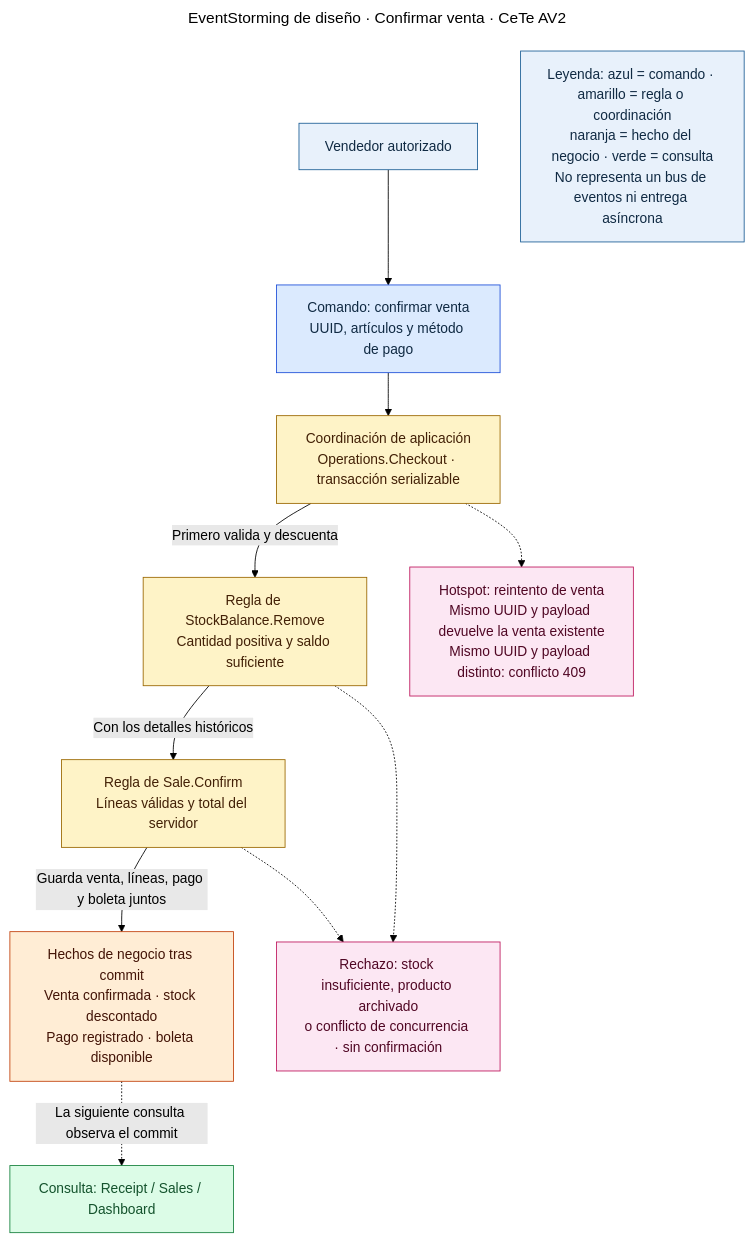
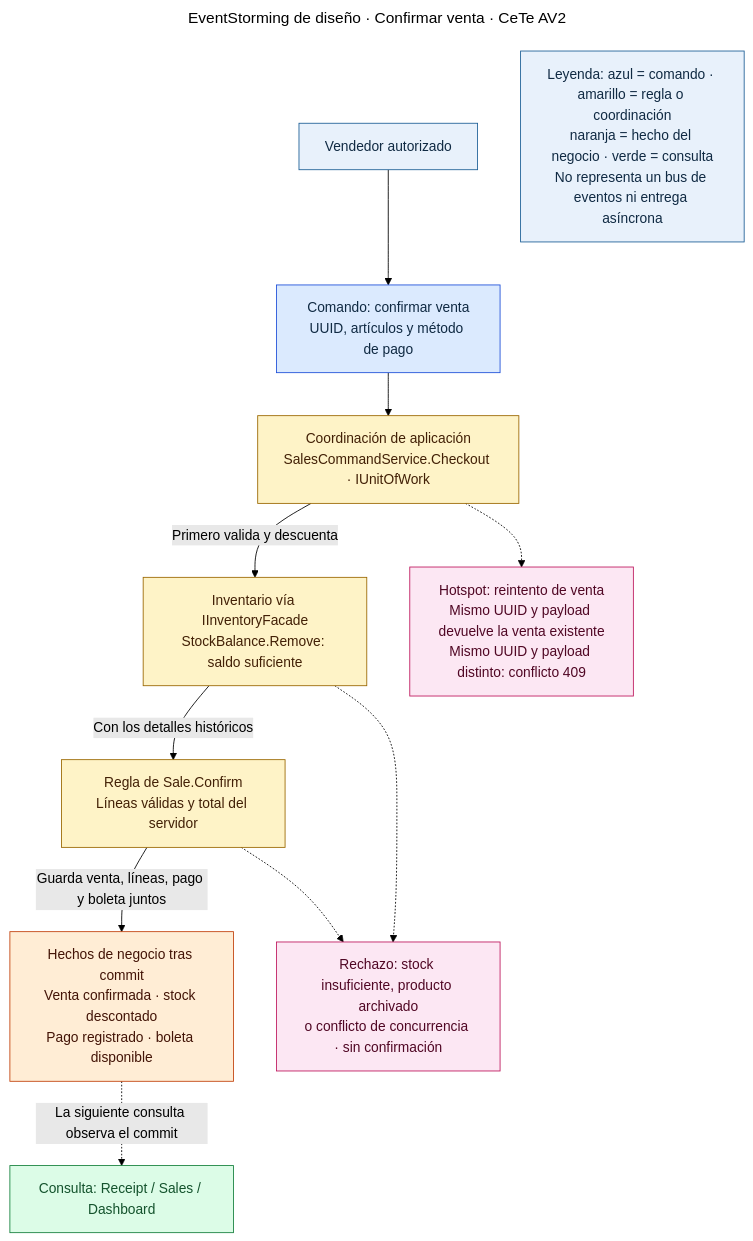
One commit to Nexxus-ops/Report-CeTe changed the diagram in diagrams/event-storming-sale.mmd. Above: the diagram before and after it, drawn with Mermaid (forest theme). The commit also changed 34 other files, not shown here.

Commit message:
docs(architecture): align report with deployed DDD contexts

```diff
--- a/diagrams/event-storming-sale.mmd
+++ b/diagrams/event-storming-sale.mmd
@@ -1,29 +1,29 @@
 ---
 title: EventStorming de diseño · Confirmar venta · CeTe AV2
 ---
 flowchart TB
   A["Vendedor autorizado"]:::actor
   C["Comando: confirmar venta<br/>UUID, artículos y método de pago"]:::command
-  O["Coordinación de aplicación<br/>Operations.Checkout · transacción serializable"]:::aggregate
-  B["Regla de StockBalance.Remove<br/>Cantidad positiva y saldo suficiente"]:::aggregate
+  O["Coordinación de aplicación<br/>SalesCommandService.Checkout · IUnitOfWork"]:::aggregate
+  B["Inventario vía IInventoryFacade<br/>StockBalance.Remove: saldo suficiente"]:::aggregate
   S["Regla de Sale.Confirm<br/>Líneas válidas y total del servidor"]:::aggregate
   E["Hechos de negocio tras commit<br/>Venta confirmada · stock descontado<br/>Pago registrado · boleta disponible"]:::event
   Q["Consulta: Receipt / Sales / Dashboard"]:::query
   A --> C --> O
   O -->|"Primero valida y descuenta"| B
   B -->|"Con los detalles históricos"| S
   S -->|"Guarda venta, líneas, pago y boleta juntos"| E
   E -.->|"La siguiente consulta observa el commit"| Q
   K["Leyenda: azul = comando · amarillo = regla o coordinación<br/>naranja = hecho del negocio · verde = consulta<br/>No representa un bus de eventos ni entrega asíncrona"]:::actor
 
   classDef actor fill:#E8F1FB,stroke:#1D5F96,color:#102A43
   classDef command fill:#DBEAFE,stroke:#1D4ED8,color:#102A43
   classDef aggregate fill:#FEF3C7,stroke:#9A6700,color:#422006
   classDef event fill:#FFEDD5,stroke:#C2410C,color:#431407
   classDef query fill:#DCFCE7,stroke:#15803D,color:#14532D
   R["Hotspot: reintento de venta<br/>Mismo UUID y payload devuelve la venta existente<br/>Mismo UUID y payload distinto: conflicto 409"]:::hotspot
   X["Rechazo: stock insuficiente, producto archivado<br/>o conflicto de concurrencia · sin confirmación"]:::hotspot
   O -.-> R
   B -.-> X
   S -.-> X
   classDef hotspot fill:#FCE7F3,stroke:#BE185D,color:#500724
```
